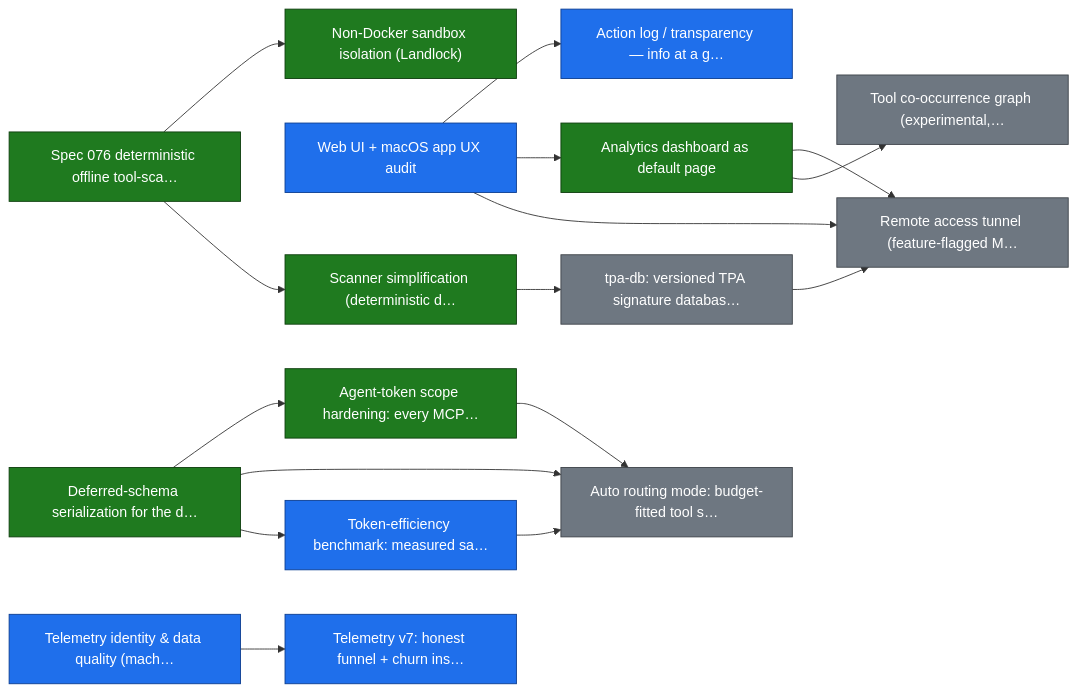
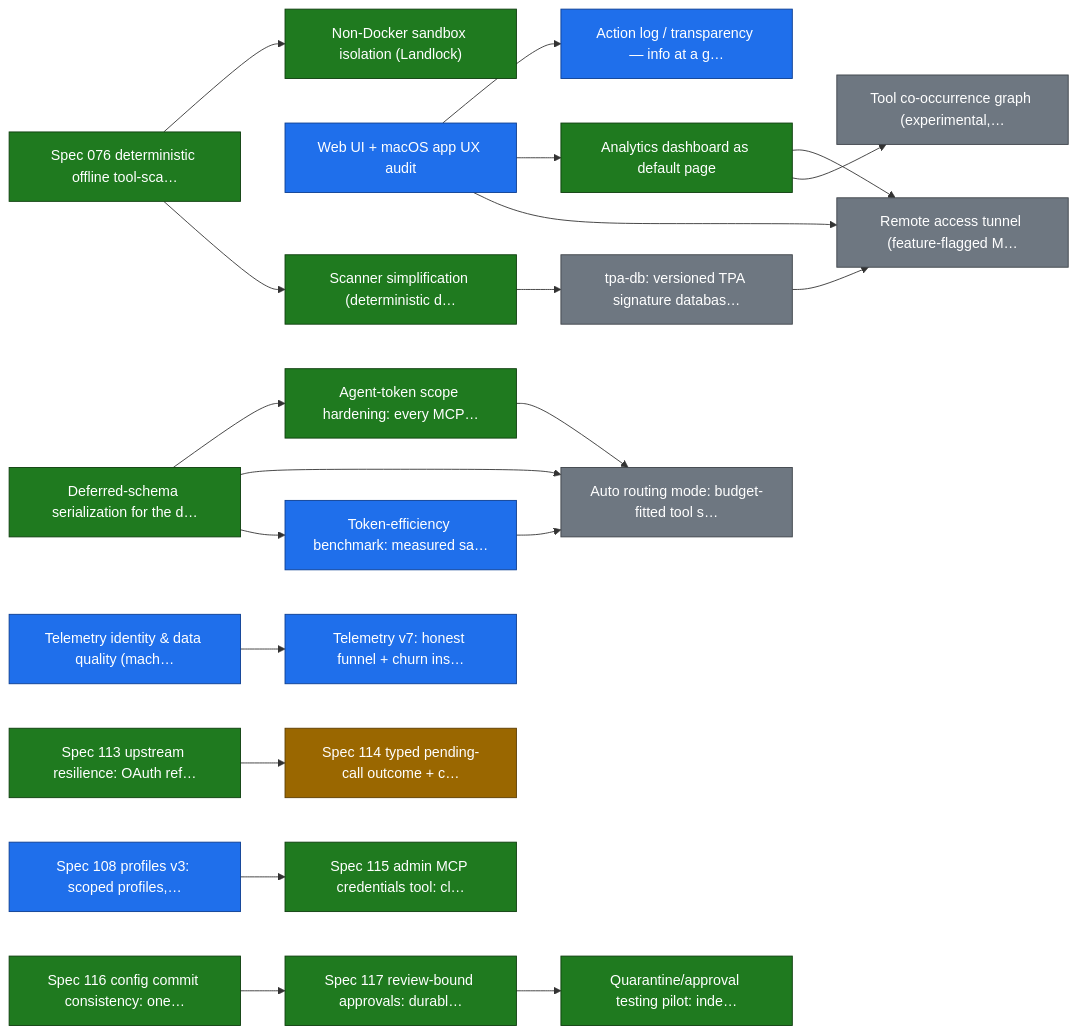
One commit to smart-mcp-proxy/mcpproxy-go changed the first of 26 diagrams in ROADMAP.md. Above: the diagram before and after it, drawn with Mermaid. The commit also changed other lines of this file and 1 other file, not shown here.

First line of the commit message:
docs(roadmap): truth-sync Specs 108-117 and the quarantine pilot

````diff
--- a/ROADMAP.md
+++ b/ROADMAP.md
@@ -36,41 +36,54 @@
 ```mermaid
 graph LR
   sandbox_isolation["Non-Docker sandbox isolation (Landlock)"]
   scanner_v2["Spec 076 deterministic offline tool-sca…"]
   ux_audit["Web UI + macOS app UX audit"]
   action_log_transparency["Action log / transparency — info at a g…"]
   analytics_dashboard["Analytics dashboard as default page"]
   scanner_simplification["Scanner simplification (deterministic d…"]
   tpa_db["tpa-db: versioned TPA signature databas…"]
   remote_access_tunnel["Remote access tunnel (feature-flagged M…"]
   schema_deferred["Deferred-schema serialization for the d…"]
   agent_scope_hardening["Agent-token scope hardening: every MCP…"]
   auto_routing_mode["Auto routing mode: budget-fitted tool s…"]
   token_bench["Token-efficiency benchmark: measured sa…"]
   tool_graph["Tool co-occurrence graph (experimental,…"]
   telemetry_identity["Telemetry identity & data quality (mach…"]
   telemetry_v7_churn["Telemetry v7: honest funnel + churn ins…"]
+  profiles_v3["Spec 108 profiles v3: scoped profiles,…"]
+  upstream_resilience["Spec 113 upstream resilience: OAuth ref…"]
+  pending_call_outcome["Spec 114 typed pending-call outcome + c…"]
+  mcp_credential_lifecycle["Spec 115 admin MCP credentials tool: cl…"]
+  config_commit_consistency["Spec 116 config commit consistency: one…"]
+  review_bound_approvals["Spec 117 review-bound approvals: durabl…"]
+  quarantine_approval_pilot["Quarantine/approval testing pilot: inde…"]
 
   scanner_v2 --> sandbox_isolation
   ux_audit --> action_log_transparency
   ux_audit --> analytics_dashboard
   scanner_v2 --> scanner_simplification
   scanner_simplification --> tpa_db
   tpa_db --> remote_access_tunnel
   ux_audit --> remote_access_tunnel
   analytics_dashboard --> remote_access_tunnel
   schema_deferred --> agent_scope_hardening
   agent_scope_hardening --> auto_routing_mode
   schema_deferred --> auto_routing_mode
   token_bench --> auto_routing_mode
   schema_deferred --> token_bench
   analytics_dashboard --> tool_graph
   telemetry_identity --> telemetry_v7_churn
+  upstream_resilience --> pending_call_outcome
+  profiles_v3 --> mcp_credential_lifecycle
+  config_commit_consistency --> review_bound_approvals
+  review_bound_approvals --> quarantine_approval_pilot
 
   classDef done fill:#1f7a1f,stroke:#0d3d0d,color:#ffffff;
   classDef in_progress fill:#1f6feb,stroke:#0b3d91,color:#ffffff;
+  classDef in_review fill:#9a6700,stroke:#5c3d00,color:#ffffff;
   classDef todo fill:#6e7781,stroke:#3d4248,color:#ffffff;
-  class sandbox_isolation,scanner_v2,analytics_dashboard,scanner_simplification,schema_deferred,agent_scope_hardening done;
-  class ux_audit,action_log_transparency,token_bench,telemetry_identity,telemetry_v7_churn in_progress;
+  class sandbox_isolation,scanner_v2,analytics_dashboard,scanner_simplification,schema_deferred,agent_scope_hardening,upstream_resilience,mcp_credential_lifecycle,config_commit_consistency,review_bound_approvals,quarantine_approval_pilot done;
+  class ux_audit,action_log_transparency,token_bench,telemetry_identity,telemetry_v7_churn,profiles_v3 in_progress;
+  class pending_call_outcome in_review;
   class tpa_db,remote_access_tunnel,auto_routing_mode,tool_graph todo;
 ```
````
